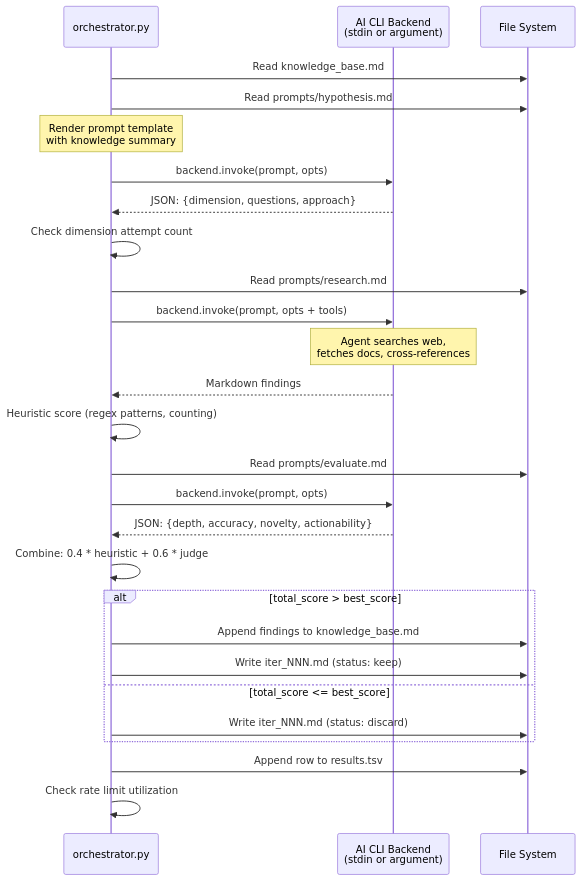
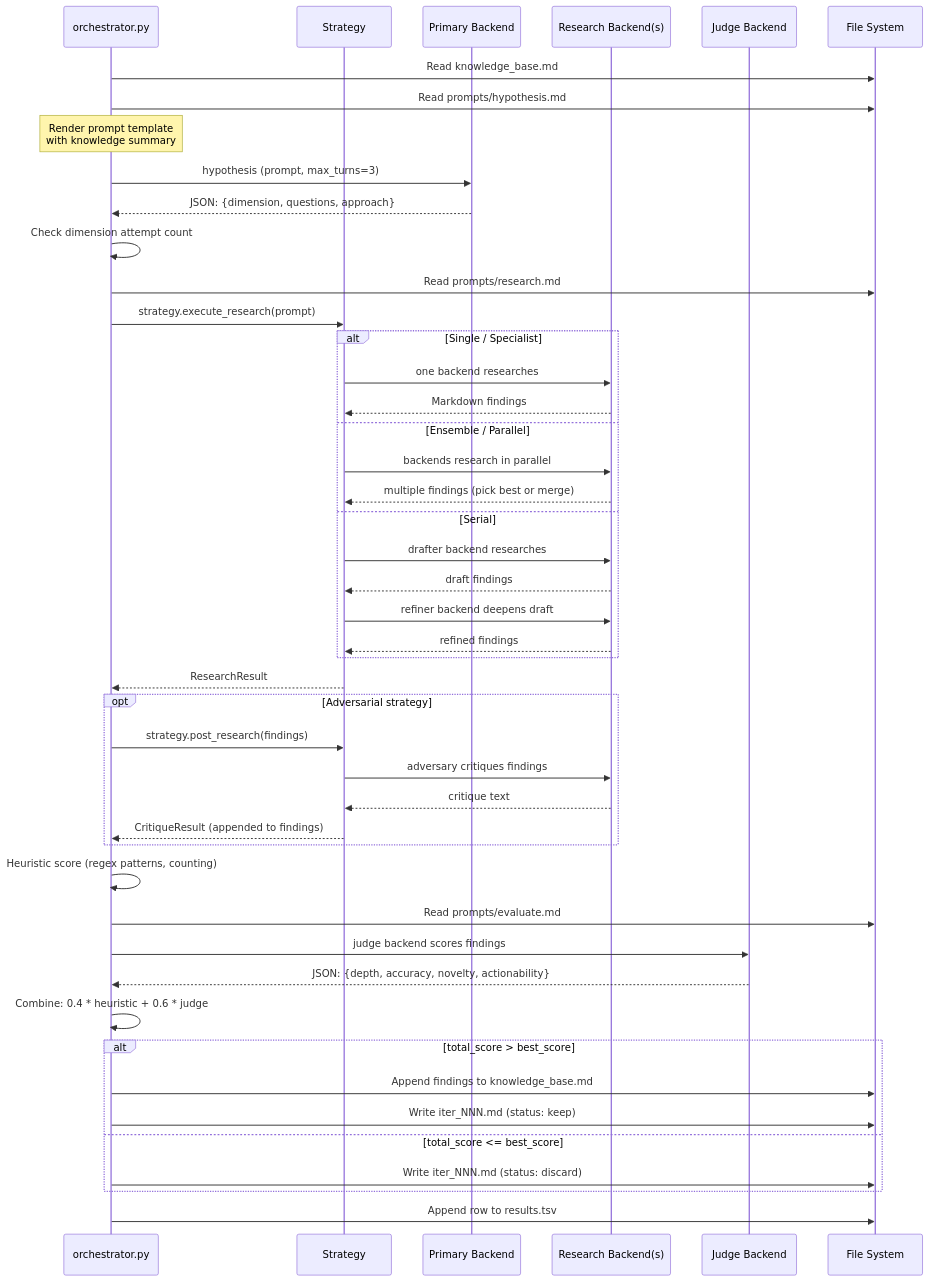
One commit to josefigueredo/auto-research changed the second of 8 diagrams in README.md. Above: the diagram before and after it, drawn with Mermaid. The commit also changed other lines of this file, not shown here.

First line of the commit message:
docs: update README with multi-backend strategies and diagrams

````diff
--- a/README.md
+++ b/README.md
@@ -87,39 +96,60 @@
 ```mermaid
 sequenceDiagram
     participant O as orchestrator.py
-    participant C as AI CLI Backend<br>(stdin or argument)
+    participant S as Strategy
+    participant P as Primary Backend
+    participant R as Research Backend(s)
+    participant J as Judge Backend
     participant FS as File System
 
     O->>FS: Read knowledge_base.md
     O->>FS: Read prompts/hypothesis.md
 
     Note over O: Render prompt template<br>with knowledge summary
 
-    O->>C: backend.invoke(prompt, opts)
-    C-->>O: JSON: {dimension, questions, approach}
+    O->>P: hypothesis (prompt, max_turns=3)
+    P-->>O: JSON: {dimension, questions, approach}
 
     O->>O: Check dimension attempt count
 
     O->>FS: Read prompts/research.md
-    O->>C: backend.invoke(prompt, opts + tools)
-    Note over C: Agent searches web,<br>fetches docs, cross-references
-    C-->>O: Markdown findings
+    O->>S: strategy.execute_research(prompt)
+
+    alt Single / Specialist
+        S->>R: one backend researches
+        R-->>S: Markdown findings
+    else Ensemble / Parallel
+        S->>R: backends research in parallel
+        R-->>S: multiple findings (pick best or merge)
+    else Serial
+        S->>R: drafter backend researches
+        R-->>S: draft findings
+        S->>R: refiner backend deepens draft
+        R-->>S: refined findings
+    end
+    S-->>O: ResearchResult
+
+    opt Adversarial strategy
+        O->>S: strategy.post_research(findings)
+        S->>R: adversary critiques findings
+        R-->>S: critique text
+        S-->>O: CritiqueResult (appended to findings)
+    end
 
     O->>O: Heuristic score (regex patterns, counting)
 
     O->>FS: Read prompts/evaluate.md
-    O->>C: backend.invoke(prompt, opts)
-    C-->>O: JSON: {depth, accuracy, novelty, actionability}
+    O->>J: judge backend scores findings
+    J-->>O: JSON: {depth, accuracy, novelty, actionability}
 
     O->>O: Combine: 0.4 * heuristic + 0.6 * judge
 
     alt total_score > best_score
         O->>FS: Append findings to knowledge_base.md
         O->>FS: Write iter_NNN.md (status: keep)
     else total_score <= best_score
         O->>FS: Write iter_NNN.md (status: discard)
     end
 
     O->>FS: Append row to results.tsv
-    O->>O: Check rate limit utilization
 ```
````
